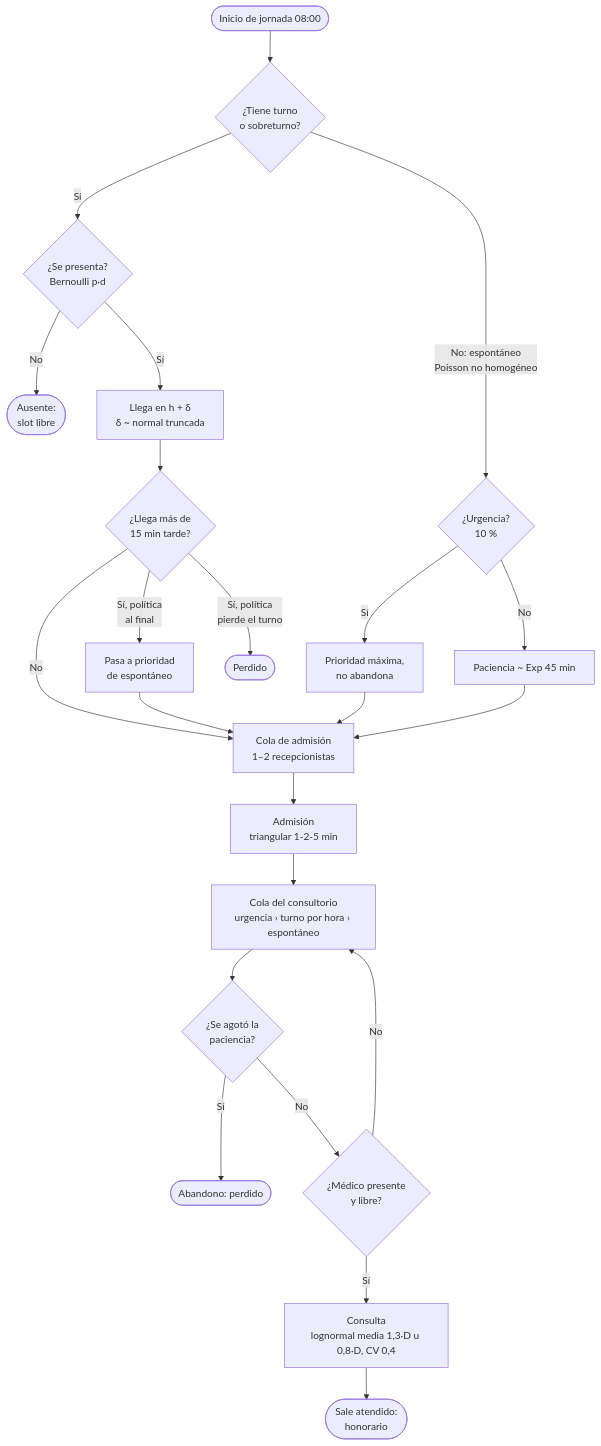
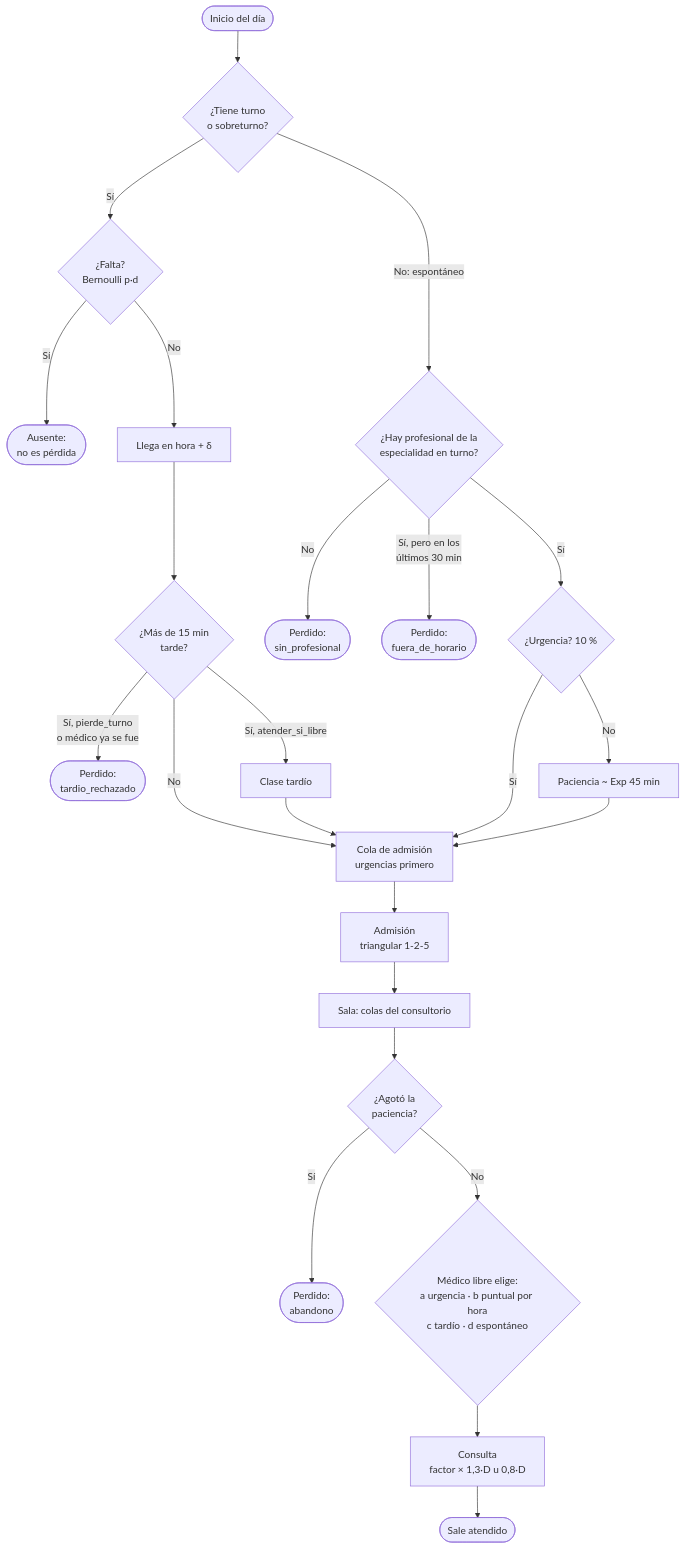
Before and after one commit to Tomas-Romero/simulacion_consultorio: the first of 2 diagrams in docs/modelo-conceptual.md, drawn with Mermaid. The commit also changed other lines of this file and 24 other files, not shown here.

````diff
--- a/docs/modelo-conceptual.md
+++ b/docs/modelo-conceptual.md
@@ -144,25 +240,26 @@
 ```mermaid
 flowchart TD
-    A([Inicio de jornada 08:00]) --> B{¿Tiene turno<br/>o sobreturno?}
-    B -- Sí --> C{¿Se presenta?<br/>Bernoulli p·d}
-    C -- No --> X1([Ausente:<br/>slot libre])
-    C -- Sí --> D[Llega en h + δ<br/>δ ~ normal truncada]
-    B -- No: espontáneo<br/>Poisson no homogéneo --> E{¿Urgencia?<br/>10 %}
-    E -- Sí --> F[Prioridad máxima,<br/>no abandona]
-    E -- No --> G[Paciencia ~ Exp 45 min]
-    D --> H{¿Llega más de<br/>15 min tarde?}
-    H -- Sí, política<br/>pierde el turno --> X2([Perdido])
-    H -- Sí, política<br/>al final --> I[Pasa a prioridad<br/>de espontáneo]
+    A([Inicio del día]) --> B{¿Tiene turno<br/>o sobreturno?}
+    B -- Sí --> C{¿Falta?<br/>Bernoulli p·d}
+    C -- Sí --> X1([Ausente:<br/>no es pérdida])
+    C -- No --> D[Llega en hora + δ]
+    D --> H{¿Más de 15 min<br/>tarde?}
+    H -- Sí, pierde_turno<br/>o médico ya se fue --> X2([Perdido:<br/>tardio_rechazado])
+    H -- Sí, atender_si_libre --> I[Clase tardío]
     H -- No --> J
     I --> J
-    F --> J
+    B -- No: espontáneo --> E{¿Hay profesional de la<br/>especialidad en turno?}
+    E -- No --> X4([Perdido:<br/>sin_profesional])
+    E -- Sí, pero en los<br/>últimos 30 min --> X5([Perdido:<br/>fuera_de_horario])
+    E -- Sí --> F{¿Urgencia? 10 %}
+    F -- Sí --> J
+    F -- No --> G[Paciencia ~ Exp 45 min]
     G --> J
-    J[Cola de admisión<br/>1–2 recepcionistas] --> K[Admisión<br/>triangular 1-2-5 min]
-    K --> L[Cola del consultorio<br/>urgencia › turno por hora › espontáneo]
-    L --> M{¿Se agotó la<br/>paciencia?}
-    M -- Sí --> X3([Abandono: perdido])
-    M -- No --> N{¿Médico presente<br/>y libre?}
-    N -- No --> L
-    N -- Sí --> O[Consulta<br/>lognormal media 1,3·D u 0,8·D, CV 0,4]
-    O --> P([Sale atendido:<br/>honorario])
+    J[Cola de admisión<br/>urgencias primero] --> K[Admisión<br/>triangular 1-2-5]
+    K --> L[Sala: colas del consultorio]
+    L --> M{¿Agotó la<br/>paciencia?}
+    M -- Sí --> X3([Perdido:<br/>abandono])
+    M -- No --> N{Médico libre elige:<br/>a urgencia · b puntual por hora<br/>c tardío · d espontáneo}
+    N --> O[Consulta<br/>factor × 1,3·D u 0,8·D]
+    O --> P([Sale atendido])
 ```
````
